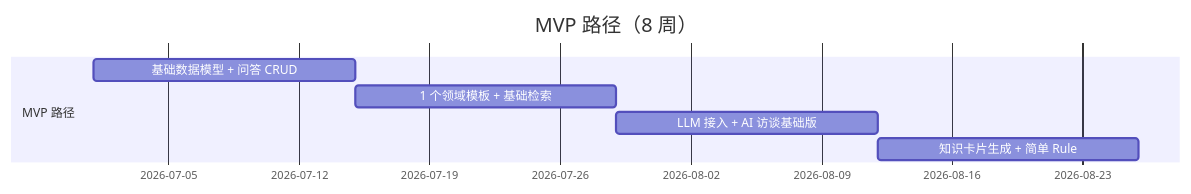
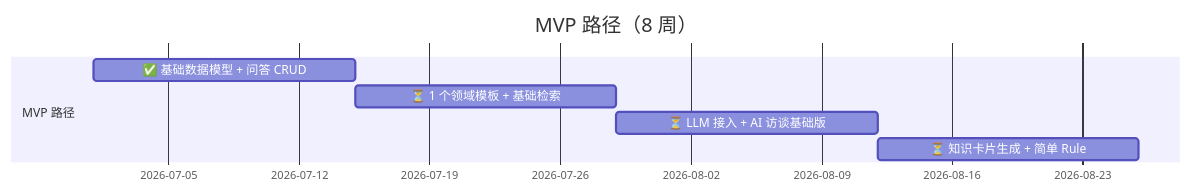
Before and after one commit to zhaoxin34/matrix: the second of 3 diagrams in neo/design/docs/product/knlg-base/implementation-roadmap.md, drawn with Mermaid. The commit also changed other lines of this file, not shown here.

First line of the commit message:
docs(roadmap): mark Phase 1 + MVP m1 as completed (2026-07-01)

````diff
--- a/neo/design/docs/product/knlg-base/implementation-roadmap.md
+++ b/neo/design/docs/product/knlg-base/implementation-roadmap.md
@@ -253,10 +268,10 @@
 ```mermaid
 gantt
     title MVP 路径（8 周）
     dateFormat  YYYY-MM-DD
     section MVP 路径
-    基础数据模型 + 问答 CRUD    :m1, 2026-07-01, 14d
-    1 个领域模板 + 基础检索     :m2, after m1, 14d
-    LLM 接入 + AI 访谈基础版    :m3, after m2, 14d
-    知识卡片生成 + 简单 Rule   :m4, after m3, 14d
+    ✅ 基础数据模型 + 问答 CRUD    :done1, 2026-07-01, 14d
+    ⏳ 1 个领域模板 + 基础检索     :m2, after done1, 14d
+    ⏳ LLM 接入 + AI 访谈基础版    :m3, after m2, 14d
+    ⏳ 知识卡片生成 + 简单 Rule   :m4, after m3, 14d
 ```
````
